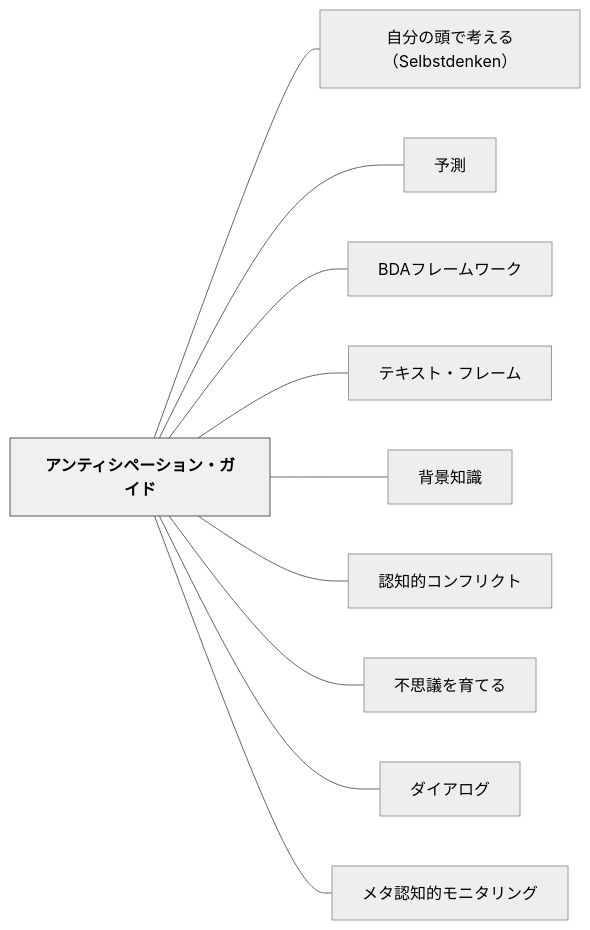
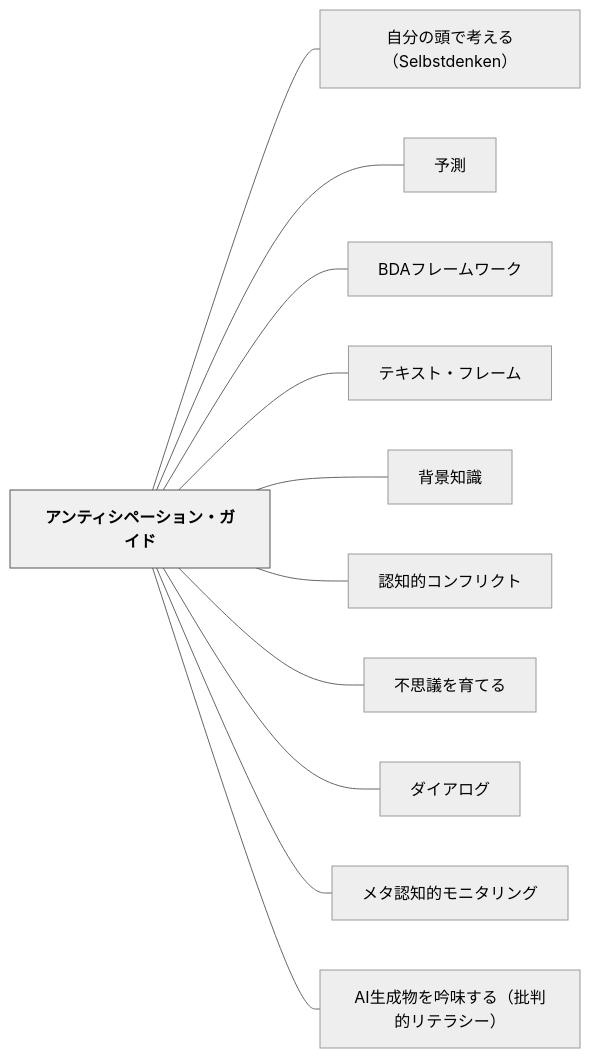
One commit to unknownthings-ed-patterns/unknownthings-ed-patterns changed the diagram in content/パタン/アンティシペーション・ガイド.md. Above: the diagram before and after it, drawn with Mermaid (neutral theme). The commit also changed other lines of this file and 20 other files, not shown here.

````diff
--- a/content/パタン/アンティシペーション・ガイド.md
+++ b/content/パタン/アンティシペーション・ガイド.md
@@ -145,26 +146,28 @@
 ```mermaid
 flowchart LR
     ne382a2e383b3e38386e382a3e382b7e3839ae383bce382b7e383a7e383b3e383bbe382ace382a4e38389["アンティシペーション・ガイド"]
     ne887aae58886e381aee9a0ade381a7e88083e38188e3828befbc8853656c62737464656e6b656eefbc89["自分の頭で考える（Selbstdenken）"]
     ne4ba88e6b8ac["予測"]
     n424441e38395e383ace383bce383a0e383afe383bce382af["BDAフレームワーク"]
     ne38386e382ade382b9e38388e383bbe38395e383ace383bce383a0["テキスト・フレーム"]
     ne8838ce699afe79fa5e8ad98["背景知識"]
     ne8aa8de79fa5e79a84e382b3e383b3e38395e383aae382afe38388["認知的コンフリクト"]
     ne4b88de6809de8adb0e38292e882b2e381a6e3828b["不思議を育てる"]
     ne38380e382a4e382a2e383ade382b0["ダイアログ"]
     ne383a1e382bfe8aa8de79fa5e79a84e383a2e3838be382bfe383aae383b3e382b0["メタ認知的モニタリング"]
+    n4149e7949fe68890e789a9e38292e5909fe591b3e38199e3828befbc88e689b9e588a4e79a84e383aae38386e383a9e382b7e383bcefbc89["AI生成物を吟味する（批判的リテラシー）"]
 
     ne382a2e383b3e38386e382a3e382b7e3839ae383bce382b7e383a7e383b3e383bbe382ace382a4e38389 --- ne887aae58886e381aee9a0ade381a7e88083e38188e3828befbc8853656c62737464656e6b656eefbc89
     ne382a2e383b3e38386e382a3e382b7e3839ae383bce382b7e383a7e383b3e383bbe382ace382a4e38389 --- ne4ba88e6b8ac
     ne382a2e383b3e38386e382a3e382b7e3839ae383bce382b7e383a7e383b3e383bbe382ace382a4e38389 --- n424441e38395e383ace383bce383a0e383afe383bce382af
     ne382a2e383b3e38386e382a3e382b7e3839ae383bce382b7e383a7e383b3e383bbe382ace382a4e38389 --- ne38386e382ade382b9e38388e383bbe38395e383ace383bce383a0
     ne382a2e383b3e38386e382a3e382b7e3839ae383bce382b7e383a7e383b3e383bbe382ace382a4e38389 --- ne8838ce699afe79fa5e8ad98
     ne382a2e383b3e38386e382a3e382b7e3839ae383bce382b7e383a7e383b3e383bbe382ace382a4e38389 --- ne8aa8de79fa5e79a84e382b3e383b3e38395e383aae382afe38388
     ne382a2e383b3e38386e382a3e382b7e3839ae383bce382b7e383a7e383b3e383bbe382ace382a4e38389 --- ne4b88de6809de8adb0e38292e882b2e381a6e3828b
     ne382a2e383b3e38386e382a3e382b7e3839ae383bce382b7e383a7e383b3e383bbe382ace382a4e38389 --- ne38380e382a4e382a2e383ade382b0
     ne382a2e383b3e38386e382a3e382b7e3839ae383bce382b7e383a7e383b3e383bbe382ace382a4e38389 --- ne383a1e382bfe8aa8de79fa5e79a84e383a2e3838be382bfe383aae383b3e382b0
+    ne382a2e383b3e38386e382a3e382b7e3839ae383bce382b7e383a7e383b3e383bbe382ace382a4e38389 --- n4149e7949fe68890e789a9e38292e5909fe591b3e38199e3828befbc88e689b9e588a4e79a84e383aae38386e383a9e382b7e383bcefbc89
 
     classDef hub fill:#f0f0f0,stroke:#555,color:#000,font-weight:bold
     class ne382a2e383b3e38386e382a3e382b7e3839ae383bce382b7e383a7e383b3e383bbe382ace382a4e38389 hub
 ```
````
